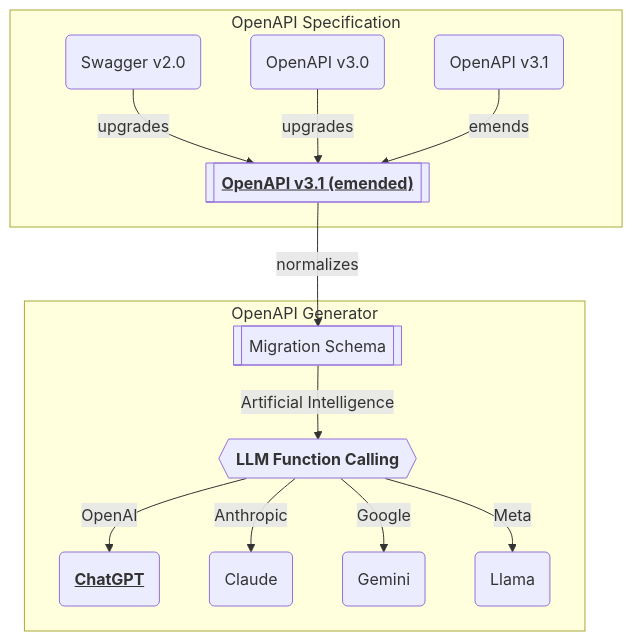
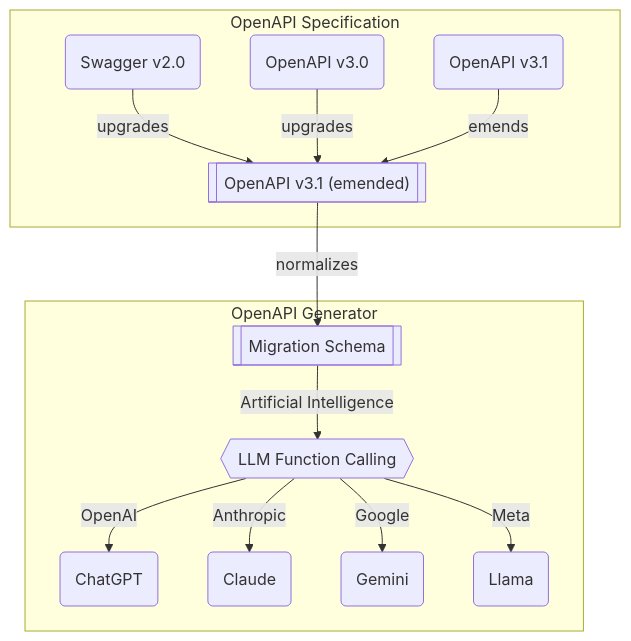
The second of 2 diagrams in website/pages/docs/swagger/chat.mdx (sujae-yu/nestia), drawn with Mermaid before and after one commit. The commit also changed other lines of this file and 5 other files, not shown here.

````diff
--- a/website/pages/docs/swagger/chat.mdx
+++ b/website/pages/docs/swagger/chat.mdx
@@ -154,16 +254,16 @@
 ```mermaid
 flowchart
   subgraph "OpenAPI Specification"
-    v20("Swagger v2.0") --upgrades--> emended[["<b><u>OpenAPI v3.1 (emended)</u></b>"]]
+    v20("Swagger v2.0") --upgrades--> emended[["OpenAPI v3.1 (emended)"]]
     v30("OpenAPI v3.0") --upgrades--> emended
     v31("OpenAPI v3.1") --emends--> emended
   end
   subgraph "OpenAPI Generator"
     emended --normalizes--> migration[["Migration Schema"]]
-    migration --"Artificial Intelligence"--> lfc{{"<b>LLM Function Calling</b>"}}
-    lfc --"OpenAI"--> chatgpt("<b><u>ChatGPT</u></b>")
+    migration --"Artificial Intelligence"--> lfc{{"LLM Function Calling"}}
+    lfc --"OpenAI"--> chatgpt("ChatGPT")
     lfc --"Anthropic"--> claude("Claude")
     lfc --"Google"--> gemini("Gemini")
     lfc --"Meta"--> llama("Llama")
   end
 ```
````
